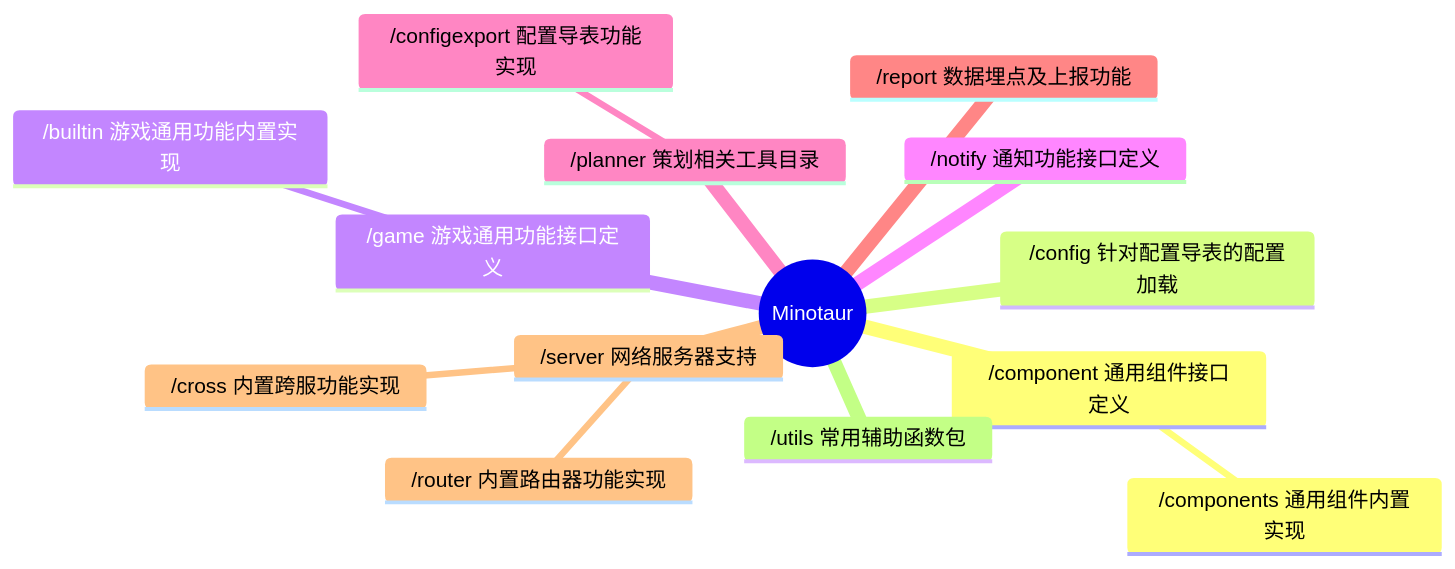
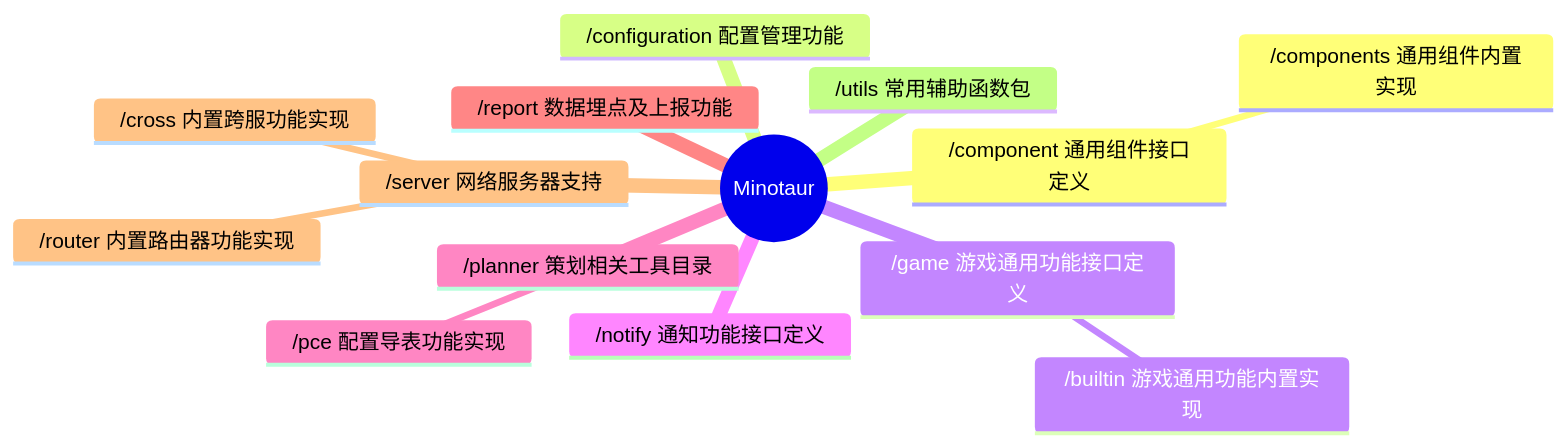
The diagram in README.md (kercylan98/minotaur), drawn with Mermaid before and after one commit. The commit also changed other lines of this file and 9 other files, not shown here.

````diff
--- a/README.md
+++ b/README.md
@@ -11,17 +11,17 @@
 ```mermaid
 mindmap
   root((Minotaur))
     /component 通用组件接口定义
       /components 通用组件内置实现
-    /config 针对配置导表的配置加载
+    /configuration 配置管理功能
     /game 游戏通用功能接口定义
       /builtin 游戏通用功能内置实现
     /notify 通知功能接口定义
     /planner 策划相关工具目录
-      /configexport 配置导表功能实现
+      /pce 配置导表功能实现
     /report 数据埋点及上报功能
     /server 网络服务器支持
       /cross 内置跨服功能实现
       /router 内置路由器功能实现
     /utils 常用辅助函数包
 ```
````
